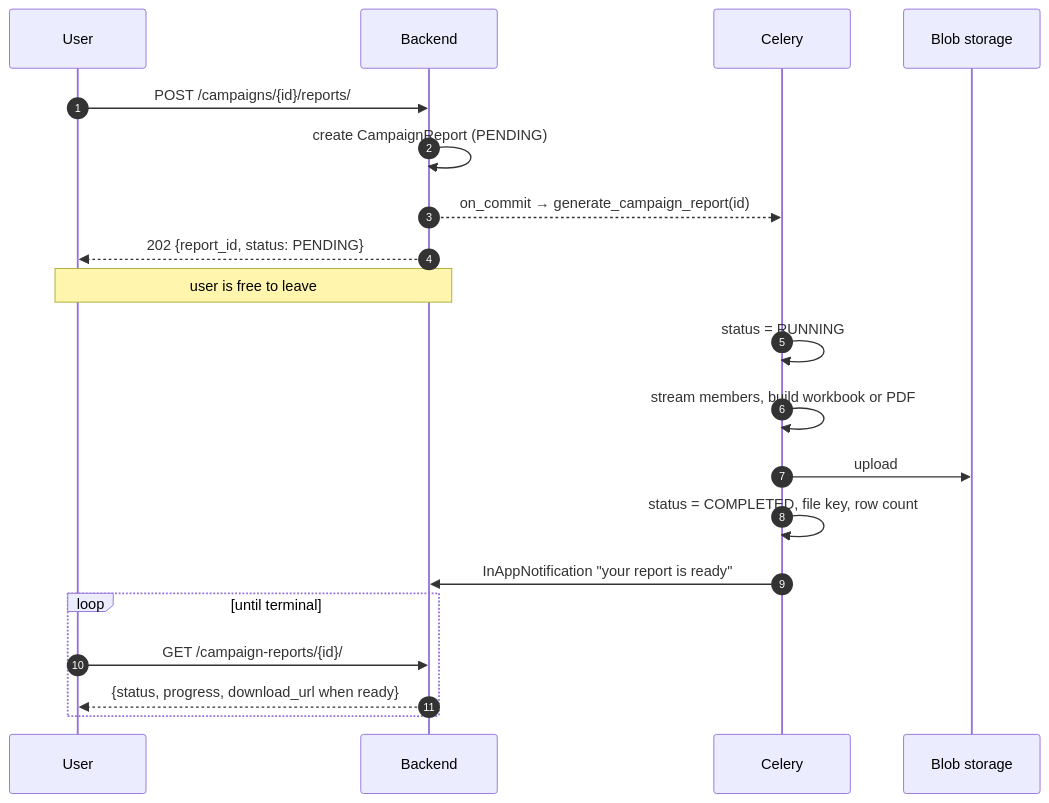
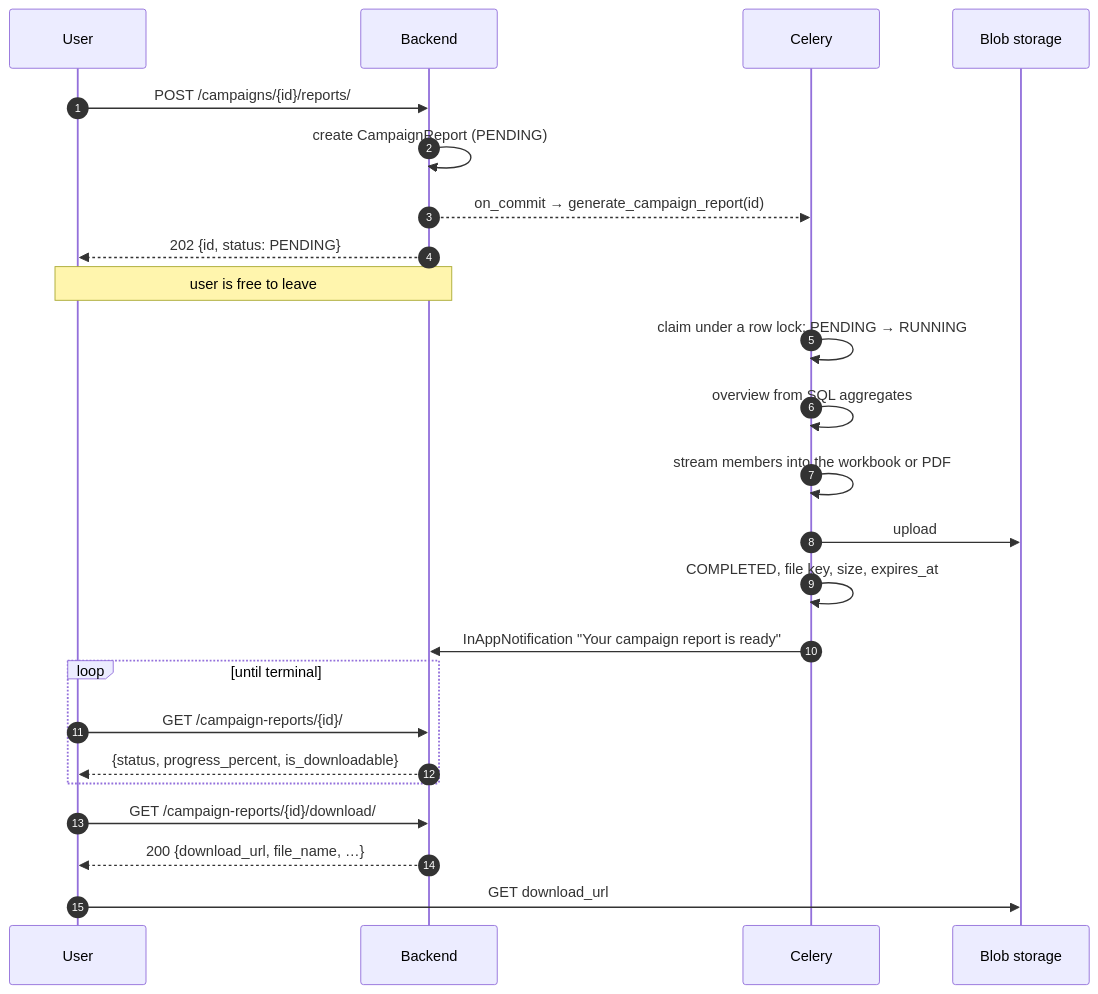
One commit to priyanshiqb/voicebot_back changed the diagram in docs/feature-detail-scratch/campaign-report.md. Above: the diagram before and after it, drawn with Mermaid. The commit also changed other lines of this file and 39 other files, not shown here.

First line of the commit message:
Add campaign reports feature (API + workers)

````diff
--- a/docs/feature-detail-scratch/campaign-report.md
+++ b/docs/feature-detail-scratch/campaign-report.md
@@ -220,26 +266,31 @@
 ```mermaid
 sequenceDiagram
     autonumber
     participant U as User
     participant API as Backend
     participant Q as Celery
     participant S as Blob storage
 
     U->>API: POST /campaigns/{id}/reports/
     API->>API: create CampaignReport (PENDING)
     API-->>Q: on_commit → generate_campaign_report(id)
-    API-->>U: 202 {report_id, status: PENDING}
+    API-->>U: 202 {id, status: PENDING}
 
     Note over U,API: user is free to leave
 
-    Q->>Q: status = RUNNING
-    Q->>Q: stream members, build workbook or PDF
+    Q->>Q: claim under a row lock: PENDING → RUNNING
+    Q->>Q: overview from SQL aggregates
+    Q->>Q: stream members into the workbook or PDF
     Q->>S: upload
-    Q->>Q: status = COMPLETED, file key, row count
-    Q->>API: InAppNotification "your report is ready"
+    Q->>Q: COMPLETED, file key, size, expires_at
+    Q->>API: InAppNotification "Your campaign report is ready"
 
     loop until terminal
         U->>API: GET /campaign-reports/{id}/
-        API-->>U: {status, progress, download_url when ready}
+        API-->>U: {status, progress_percent, is_downloadable}
     end
+
+    U->>API: GET /campaign-reports/{id}/download/
+    API-->>U: 200 {download_url, file_name, …}
+    U->>S: GET download_url
 ```
````
